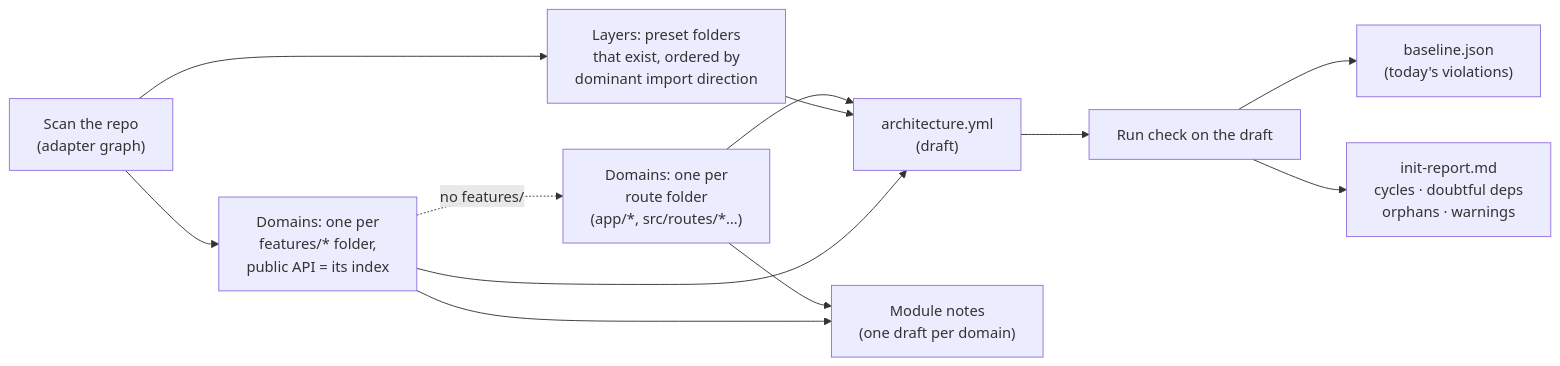
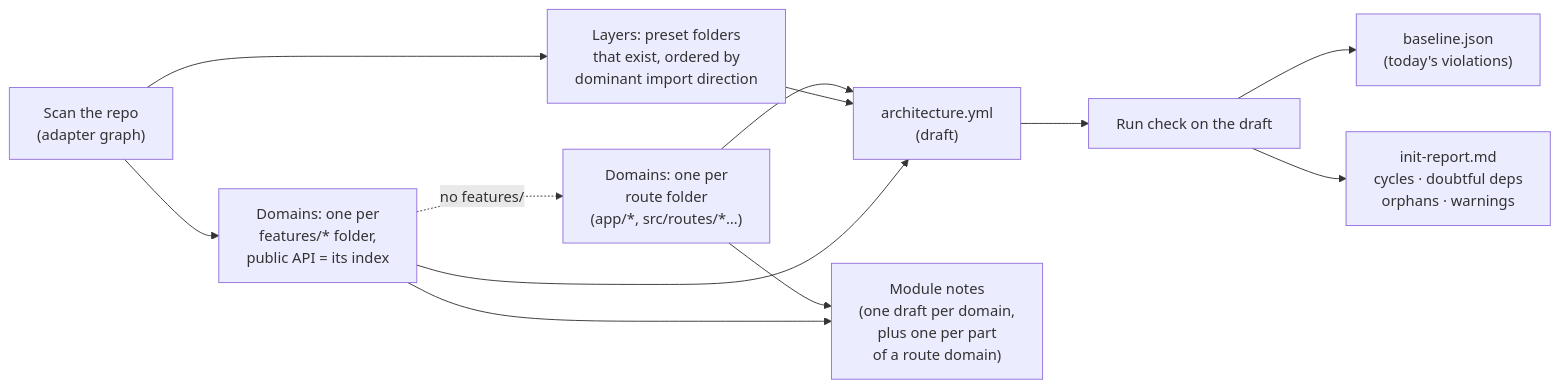
Before and after one commit to fredarcito/reins: the tenth of 16 diagrams in README.md, drawn with Mermaid. The commit also changed other lines of this file and 33 other files, not shown here.

Commit message:
0.4.0: notes for the parts of a module

````diff
--- a/README.md
+++ b/README.md
@@ -435,14 +447,14 @@
 ```mermaid
 flowchart LR
     scan["Scan the repo<br/>(adapter graph)"] --> layers["Layers: preset folders<br/>that exist, ordered by<br/>dominant import direction"]
     scan --> domains["Domains: one per<br/>features/* folder,<br/>public API = its index"]
     domains -. "no features/" .-> routes["Domains: one per<br/>route folder<br/>(app/*, src/routes/*…)"]
     routes --> draft
-    routes --> notes["Module notes<br/>(one draft per domain)"]
+    routes --> notes["Module notes<br/>(one draft per domain,<br/>plus one per part<br/>of a route domain)"]
     domains --> notes
     layers --> draft["architecture.yml<br/>(draft)"]
     domains --> draft
     draft --> run["Run check on the draft"]
     run --> baseline["baseline.json<br/>(today's violations)"]
     run --> report["init-report.md<br/>cycles · doubtful deps<br/>orphans · warnings"]
 ```
````
